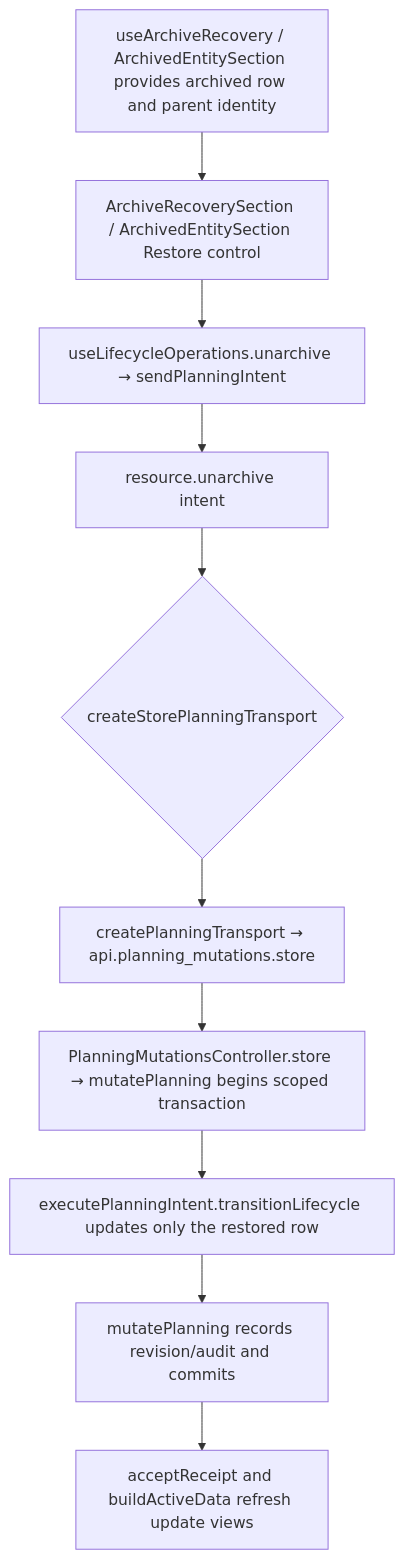
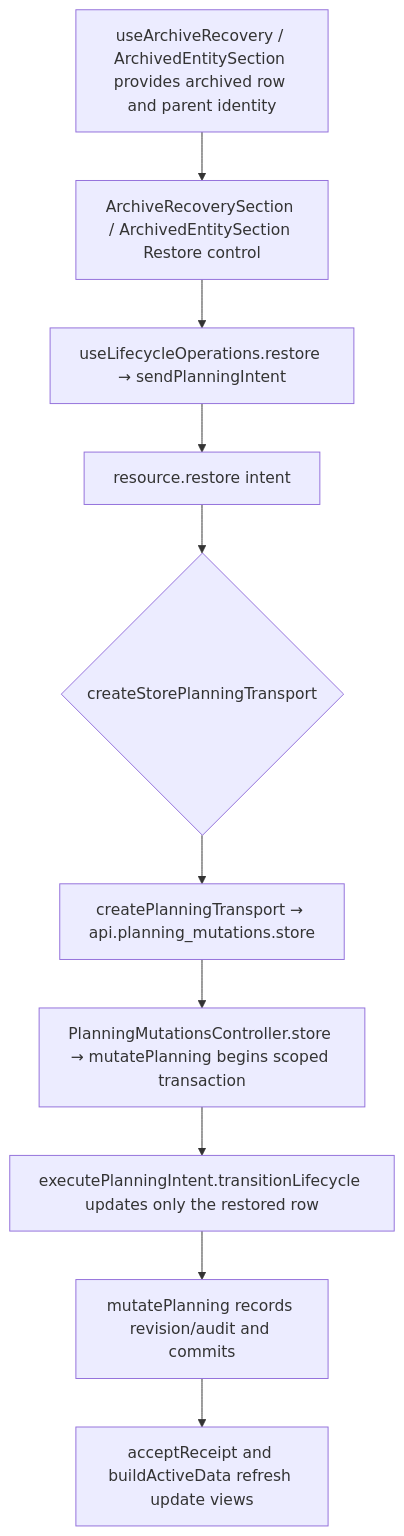
One commit to Kevinjohn/capacitylens changed the second of 2 diagrams in user-stories/resources/US-RES-13-restore-resource.md. Above: the diagram before and after it, drawn with Mermaid. The commit also changed 27 other files, not shown here.

First line of the commit message:
Restore operation: rename catalogue.unarchive and resource.unarchive to restore

````diff
--- a/user-stories/resources/US-RES-13-restore-resource.md
+++ b/user-stories/resources/US-RES-13-restore-resource.md
@@ -28,8 +28,8 @@
 ```mermaid
 flowchart TD
   A["useArchiveRecovery / ArchivedEntitySection provides archived row and parent identity"] --> B["ArchiveRecoverySection / ArchivedEntitySection Restore control"]
-  B --> C["useLifecycleOperations.unarchive → sendPlanningIntent"] --> D["resource.unarchive intent"]
+  B --> C["useLifecycleOperations.restore → sendPlanningIntent"] --> D["resource.restore intent"]
   D --> E{"createStorePlanningTransport"}
   E --> F["createPlanningTransport → api.planning_mutations.store"] --> G["PlanningMutationsController.store → mutatePlanning begins scoped transaction"]
   G --> H["executePlanningIntent.transitionLifecycle updates only the restored row"] --> K["mutatePlanning records revision/audit and commits"] --> J["acceptReceipt and buildActiveData refresh update views"]
 ```
````
